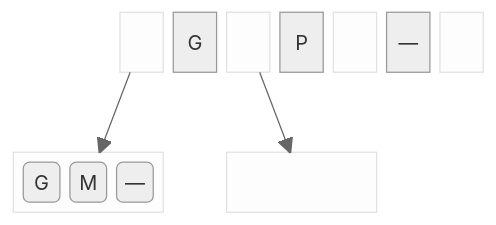
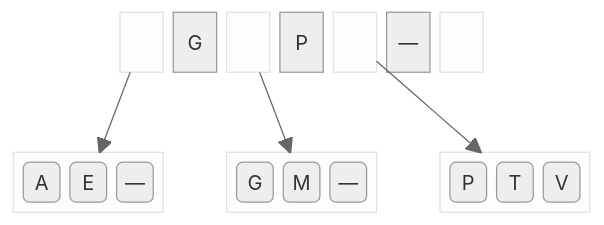
The fourth of 5 diagrams in Assuntos/busca-ext.md (BenhurUFSM/pod26b), drawn with Mermaid (neutral theme) before and after one commit.

````diff
--- a/Assuntos/busca-ext.md
+++ b/Assuntos/busca-ext.md
@@ -33,15 +33,16 @@
 ```mermaid
 block
   columns 11
   space:2
   block:rl1 space end ra["G"] block:rl2 space end rb["P"] block:rl3 space end rc["—"] block:rl4 space end
   space:2
   space:11
 
   block:f1:3 f1a("A") f1b("E") f1c("—") end space
-  block:f2:3 f1a("G") f1b("M") f1c("—") end space
+  block:f3:3 f3a("G") f3b("M") f3c("—") end space
   block:f2:3 f2a("P") f2b("T") f2c("V") end
 
   rl1-->f1
-  rl2-->f2
+  rl2-->f3
+  rl3-->f2
 ```
````
